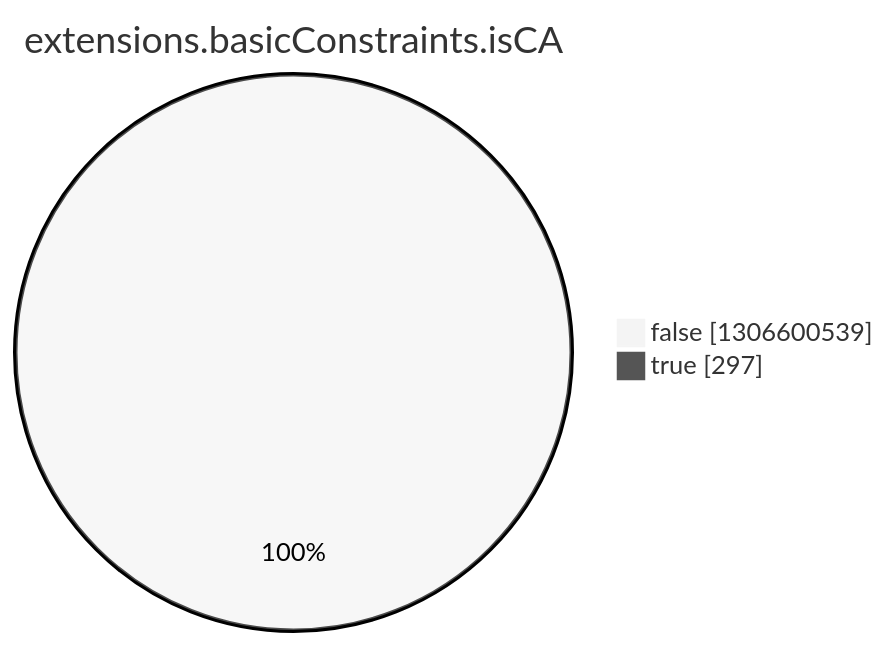
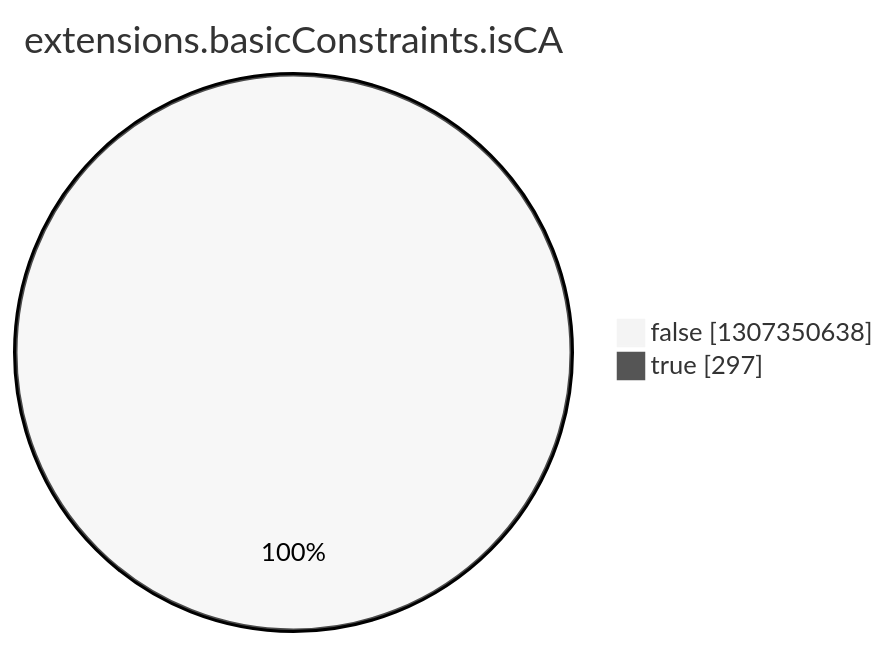
One commit to christiankrug/ctmonitor_visualization changed the eighth of 15 diagrams in argon2022/README.md. Above: the diagram before and after it, drawn with Mermaid (neutral theme). The commit also changed other lines of this file, not shown here.

````diff
--- a/argon2022/README.md
+++ b/argon2022/README.md
@@ -2757,6 +2757,6 @@
 ```mermaid
 pie showData
 title extensions.basicConstraints.isCA
-"false" :1306600539
+"false" :1307350638
 "true" :297
 ```
````
